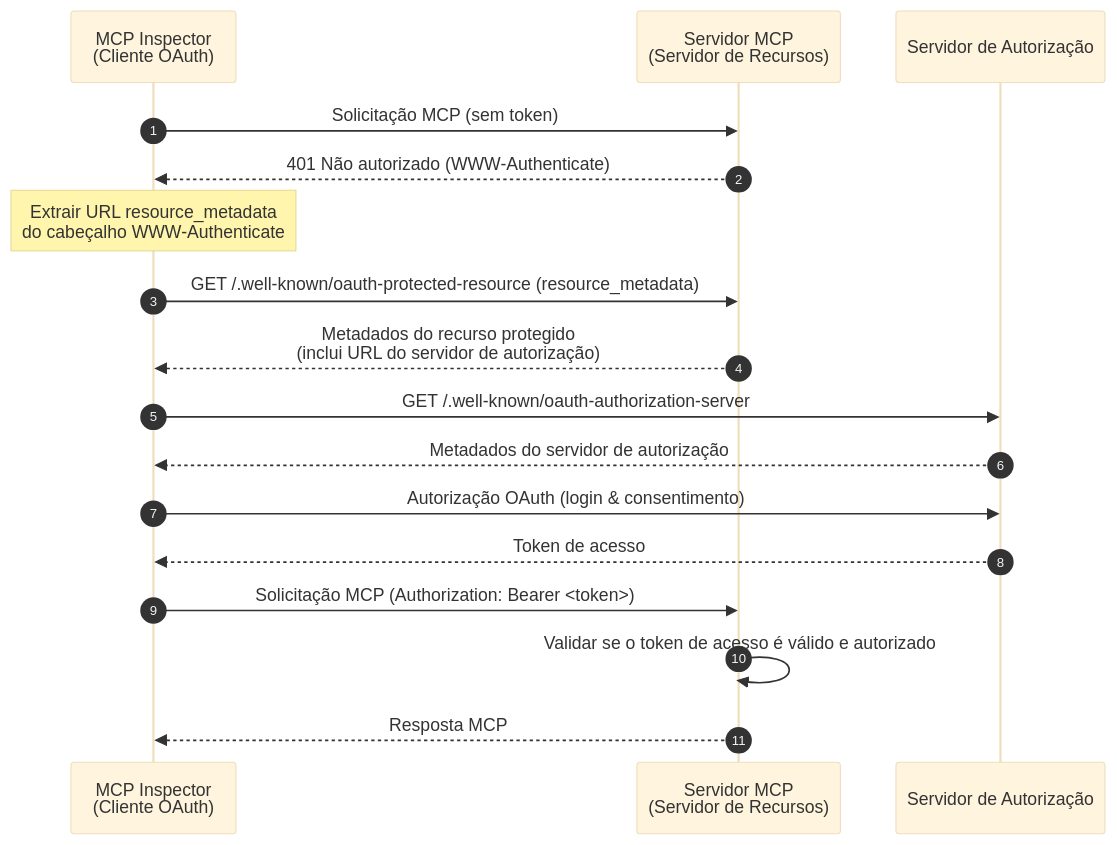
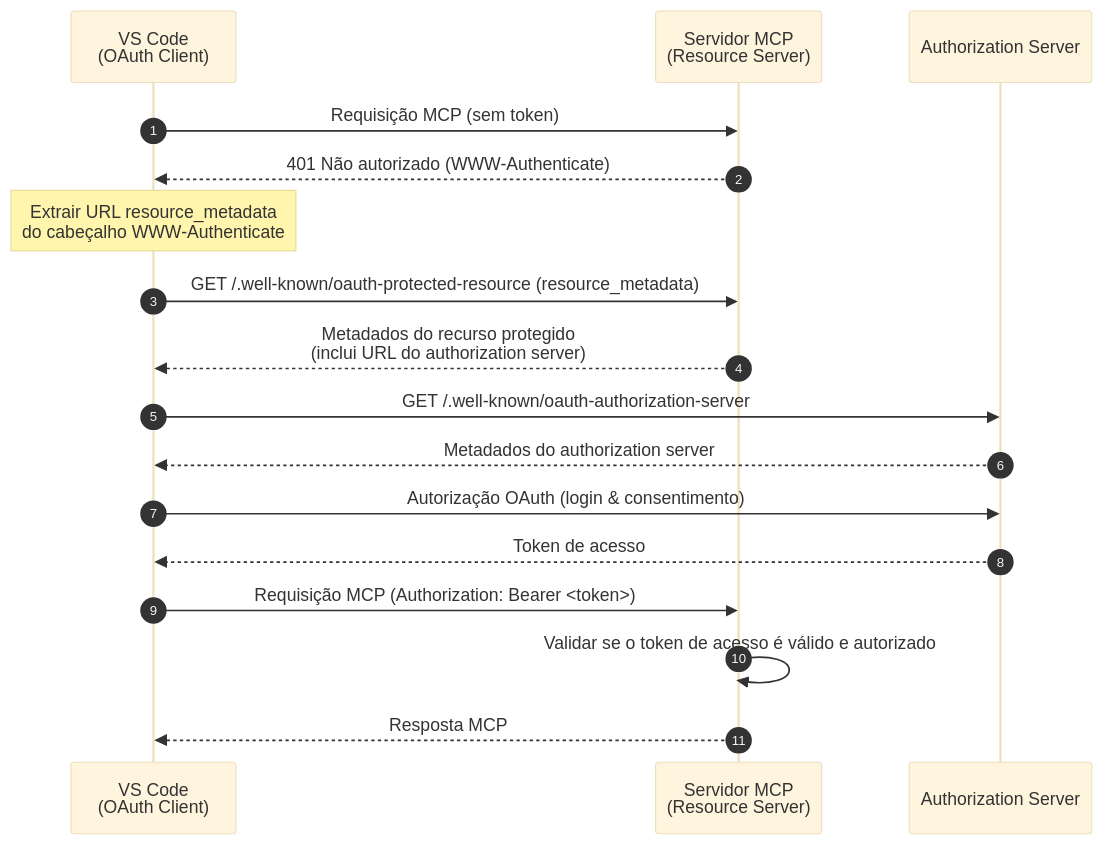
The first of 2 diagrams in i18n/pt-BR/docusaurus-plugin-content-docs/current/tutorials/todo-manager/README.mdx (mcp-auth/docs), drawn with Mermaid (base theme) before and after one commit. The commit also changed other lines of this file and 18 other files, not shown here.

````diff
--- a/i18n/pt-BR/docusaurus-plugin-content-docs/current/tutorials/todo-manager/README.mdx
+++ b/i18n/pt-BR/docusaurus-plugin-content-docs/current/tutorials/todo-manager/README.mdx
@@ -38,23 +40,23 @@
 ```mermaid
 sequenceDiagram
   autonumber
-  participant Client as MCP Inspector<br/>(Cliente OAuth)
-  participant RS as Servidor MCP<br/>(Servidor de Recursos)
-  participant AS as Servidor de Autorização
+  participant Client as VS Code<br/>(OAuth Client)
+  participant RS as Servidor MCP<br/>(Resource Server)
+  participant AS as Authorization Server
 
-  Client->>RS: Solicitação MCP (sem token)
+  Client->>RS: Requisição MCP (sem token)
   RS-->>Client: 401 Não autorizado (WWW-Authenticate)
   Note over Client: Extrair URL resource_metadata<br/>do cabeçalho WWW-Authenticate
 
   Client->>RS: GET /.well-known/oauth-protected-resource (resource_metadata)
-  RS-->>Client: Metadados do recurso protegido<br/>(inclui URL do servidor de autorização)
+  RS-->>Client: Metadados do recurso protegido<br/>(inclui URL do authorization server)
 
   Client->>AS: GET /.well-known/oauth-authorization-server
-  AS-->>Client: Metadados do servidor de autorização
+  AS-->>Client: Metadados do authorization server
   Client->>AS: Autorização OAuth (login & consentimento)
   AS-->>Client: Token de acesso
 
-  Client->>RS: Solicitação MCP (Authorization: Bearer <token>)
+  Client->>RS: Requisição MCP (Authorization: Bearer <token>)
   RS->>RS: Validar se o token de acesso é válido e autorizado
   RS-->>Client: Resposta MCP
 ```
````
